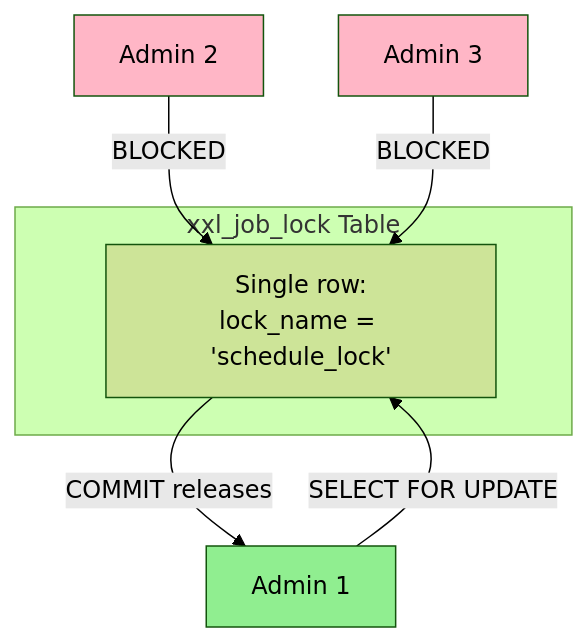
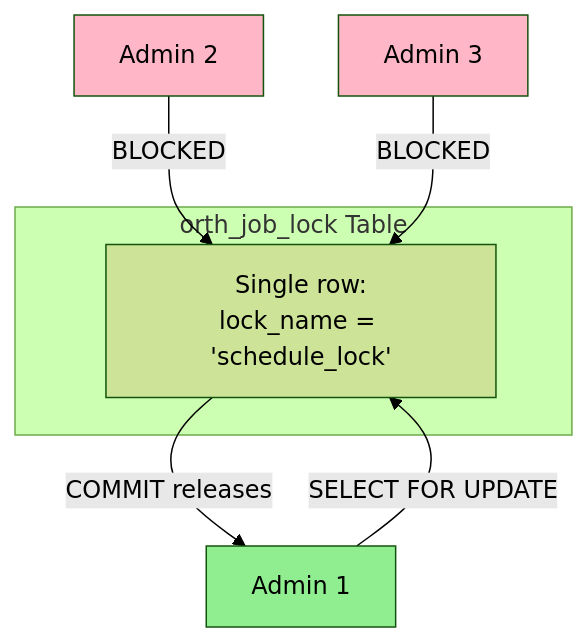
One commit to zombie12138/orth changed the seventh of 9 diagrams in arch/06-database-layer.md. Above: the diagram before and after it, drawn with Mermaid (forest theme). The commit also changed other lines of this file and 576 other files, not shown here.

First line of the commit message:
refactor: rename xxl-job → orth across entire project

````diff
--- a/arch/06-database-layer.md
+++ b/arch/06-database-layer.md
@@ -165,16 +165,16 @@
 ```mermaid
 flowchart TD
-    subgraph LockTable["xxl_job_lock Table"]
+    subgraph LockTable["orth_job_lock Table"]
         LockRow["Single row:<br/>lock_name = 'schedule_lock'"]
     end
     
     Admin1["Admin 1"] -->|"SELECT FOR UPDATE"| LockRow
     Admin2["Admin 2"] -->|"BLOCKED"| LockRow
     Admin3["Admin 3"] -->|"BLOCKED"| LockRow
     
     LockRow -->|"COMMIT releases"| Admin1
     
     style Admin1 fill:#90EE90
     style Admin2 fill:#FFB6C6
     style Admin3 fill:#FFB6C6
 ```
````
